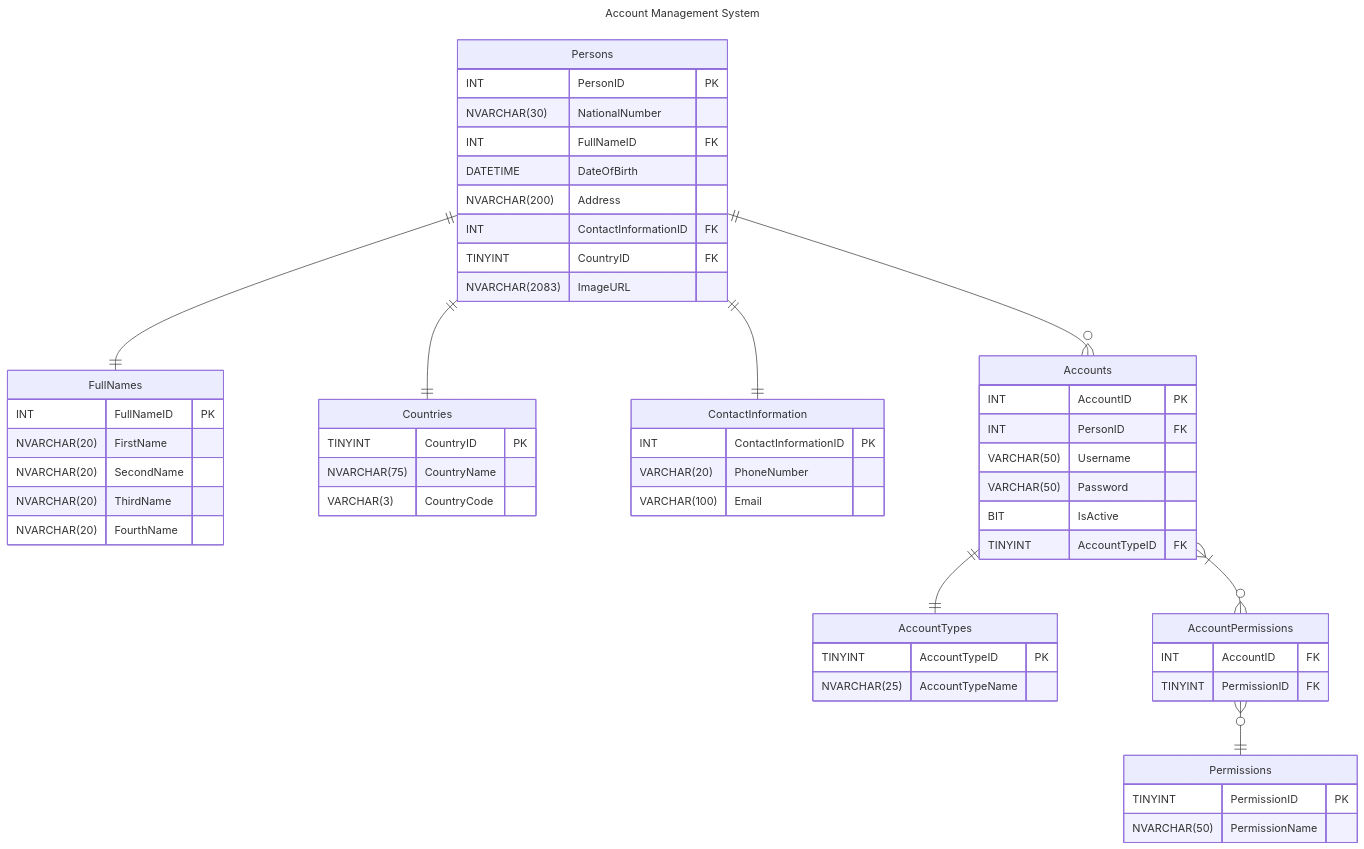
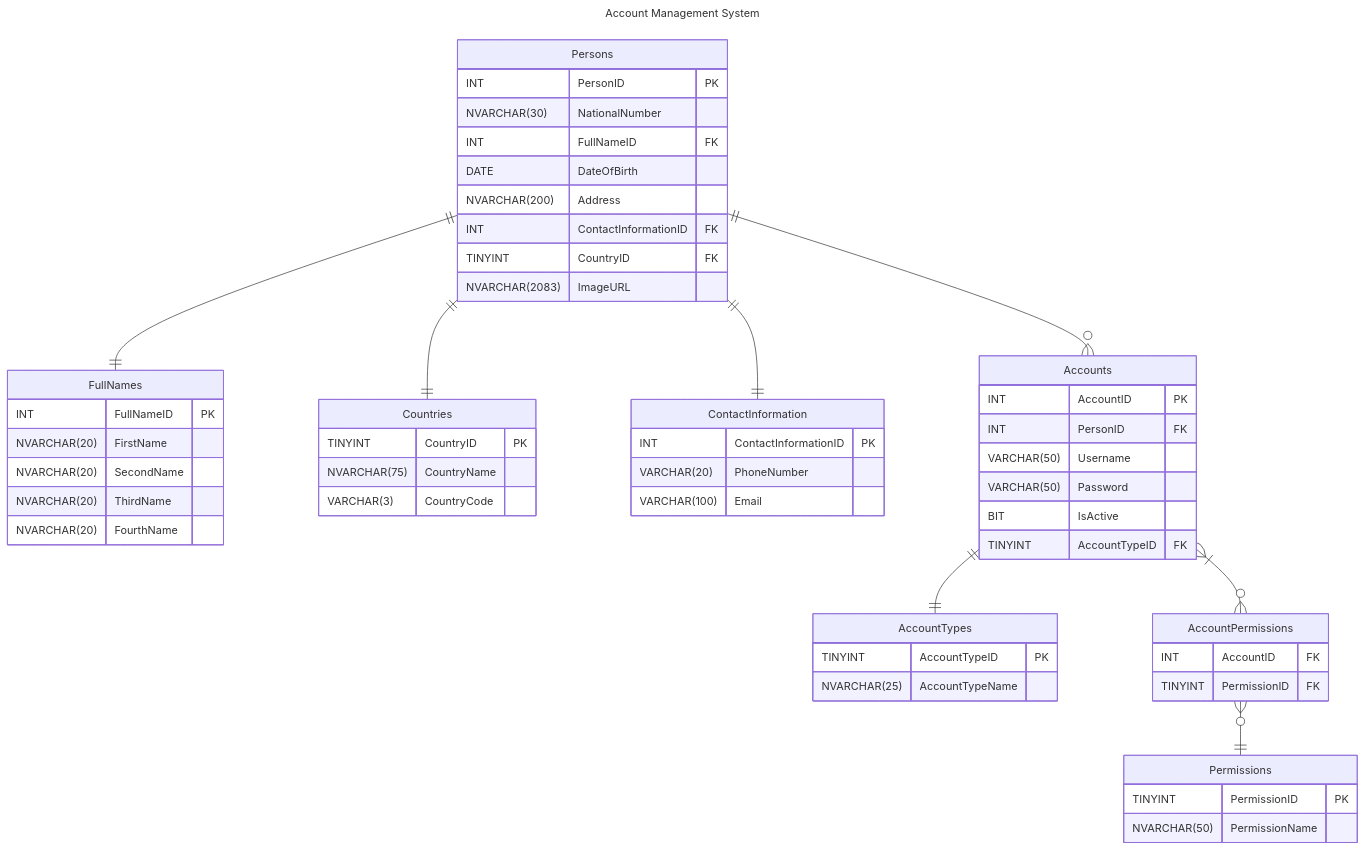
Before and after one commit to M4MD24/Full-Real-Project-by-Programming-Advices: the diagram in RelationalSchemasAndDatabases/AccountManagementSystem/AccountManagementSystem.mmd, drawn with Mermaid. The commit also changed 1 other file, not shown here.

Commit message:
Change DataOfBirth Type

```diff
--- a/RelationalSchemasAndDatabases/AccountManagementSystem/AccountManagementSystem.mmd
+++ b/RelationalSchemasAndDatabases/AccountManagementSystem/AccountManagementSystem.mmd
@@ -1,59 +1,59 @@
 ---
 title: Account Management System
 ---
 erDiagram
     Persons {
         INT PersonID PK
         NVARCHAR(30) NationalNumber
         INT FullNameID FK
-        DATETIME DateOfBirth
+        DATE DateOfBirth
         NVARCHAR(200) Address
         INT ContactInformationID FK
         TINYINT CountryID FK
         NVARCHAR(2083) ImageURL
     }
     FullNames {
         INT FullNameID PK
         NVARCHAR(20) FirstName
         NVARCHAR(20) SecondName
         NVARCHAR(20) ThirdName
         NVARCHAR(20) FourthName
     }
     Countries {
         TINYINT CountryID PK
         NVARCHAR(75) CountryName
         VARCHAR(3) CountryCode
     }
     ContactInformation {
         INT ContactInformationID PK
         VARCHAR(20) PhoneNumber
         VARCHAR(100) Email
     }
     AccountTypes {
         TINYINT AccountTypeID PK
         NVARCHAR(25) AccountTypeName
     }
     Accounts {
         INT AccountID PK
         INT PersonID FK
         VARCHAR(50) Username
         VARCHAR(50) Password
         BIT IsActive
         TINYINT AccountTypeID FK
     }
     AccountPermissions {
         INT AccountID FK
         TINYINT PermissionID FK
     }
     Permissions {
         TINYINT PermissionID PK
         NVARCHAR(50) PermissionName
     }
 
     Persons ||--|| FullNames: ""
     Persons ||--|| Countries: ""
     Persons ||--|| ContactInformation: ""
     Persons ||--o{ Accounts: ""
     Accounts ||--|| AccountTypes: ""
     Accounts }|--o{ AccountPermissions: ""
     AccountPermissions }o--|| Permissions: ""
```
